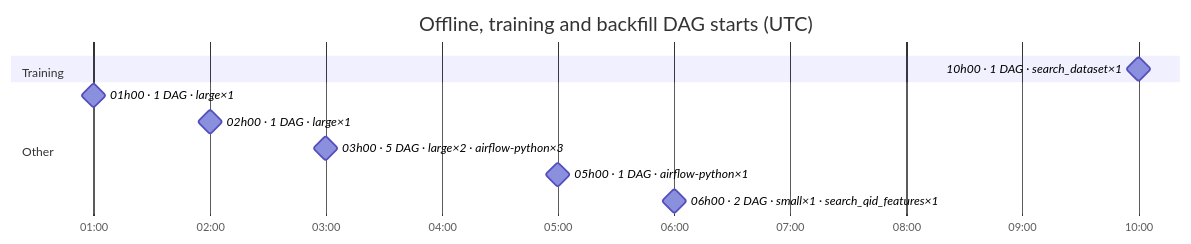
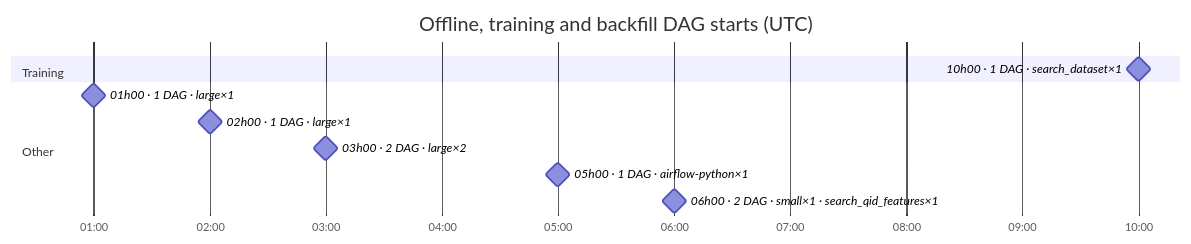
One commit to DayMarket/ml-feature-platform changed the sixth of 6 diagrams in docs/feature_platform_map.md. Above: the diagram before and after it, drawn with Mermaid. The commit also changed other lines of this file and 3 other files, not shown here.

````diff
--- a/docs/feature_platform_map.md
+++ b/docs/feature_platform_map.md
@@ -193,16 +194,16 @@
 ```mermaid
 gantt
     title Offline, training and backfill DAG starts (UTC)
     dateFormat HH:mm
     axisFormat %H:%M
     tickInterval 1hour
     section Training
     10h00 · 1 DAG · search_dataset×1 :milestone, s0_0600, 10:00, 0m
     section Backfill
     section Other
     01h00 · 1 DAG · large×1 :milestone, s2_0060, 01:00, 0m
     02h00 · 1 DAG · large×1 :milestone, s2_0120, 02:00, 0m
-    03h00 · 5 DAG · large×2 · airflow-python×3 :milestone, s2_0180, 03:00, 0m
+    03h00 · 2 DAG · large×2 :milestone, s2_0180, 03:00, 0m
     05h00 · 1 DAG · airflow-python×1 :milestone, s2_0300, 05:00, 0m
     06h00 · 2 DAG · small×1 · search_qid_features×1 :milestone, s2_0360, 06:00, 0m
 ```
````
